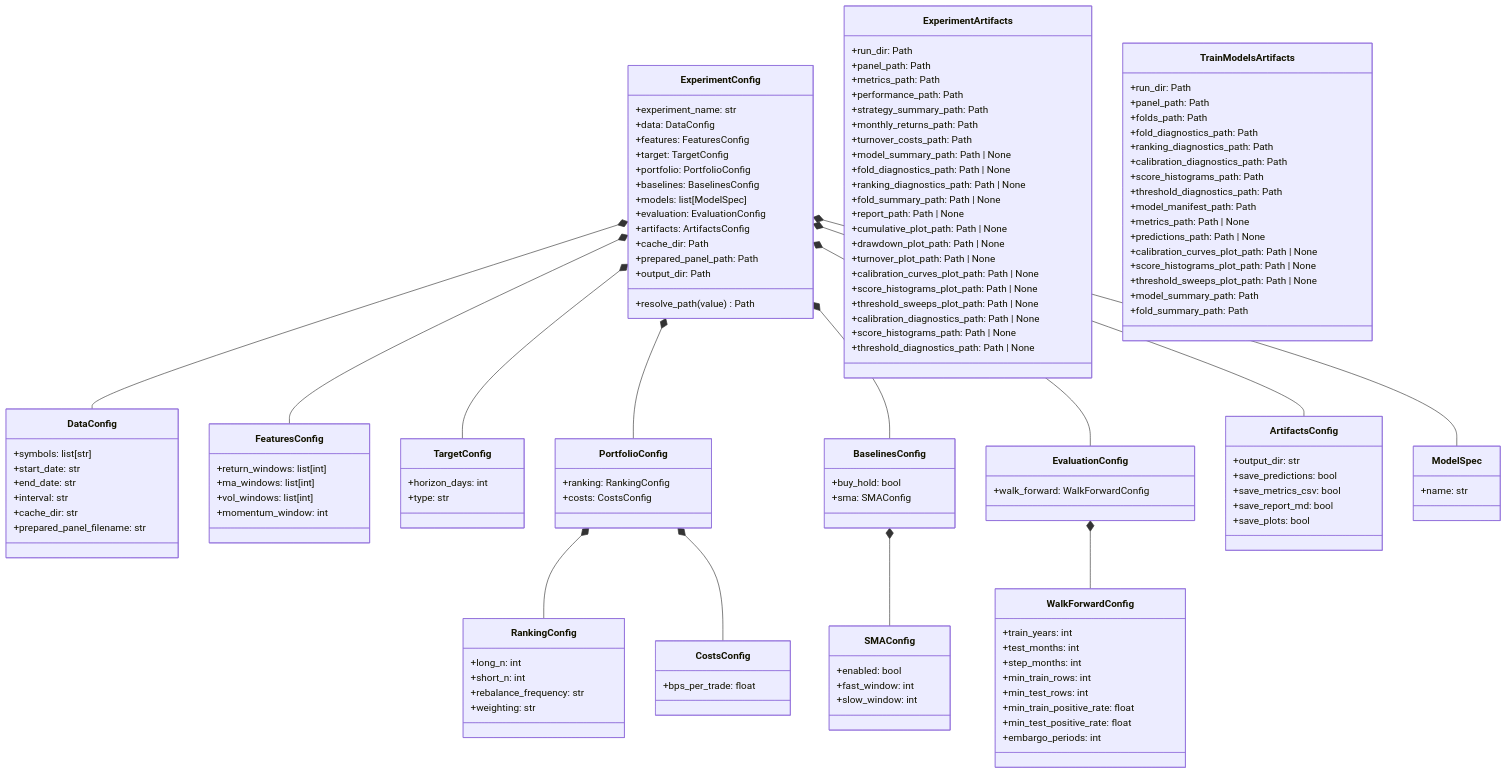
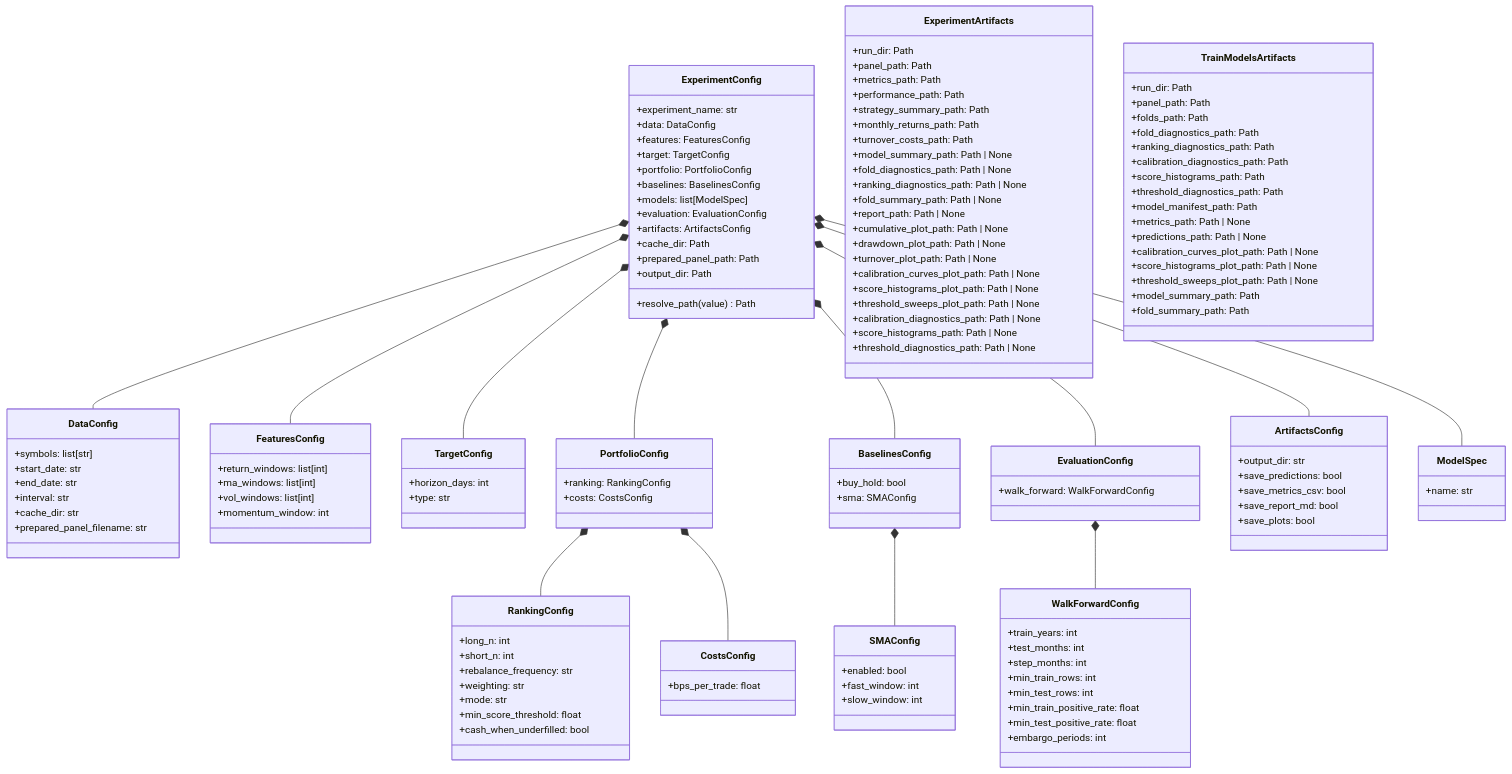
One commit to ricardogr07/market-lab changed the sixth of 6 diagrams in ARCHITECTURE.md. Above: the diagram before and after it, drawn with Mermaid. The commit also changed other lines of this file and 11 other files, not shown here.

```diff
--- a/ARCHITECTURE.md
+++ b/ARCHITECTURE.md
@@ -302,6 +302,9 @@
       +short_n: int
       +rebalance_frequency: str
       +weighting: str
+      +mode: str
+      +min_score_threshold: float
+      +cash_when_underfilled: bool
     }
 
     class CostsConfig {
```
